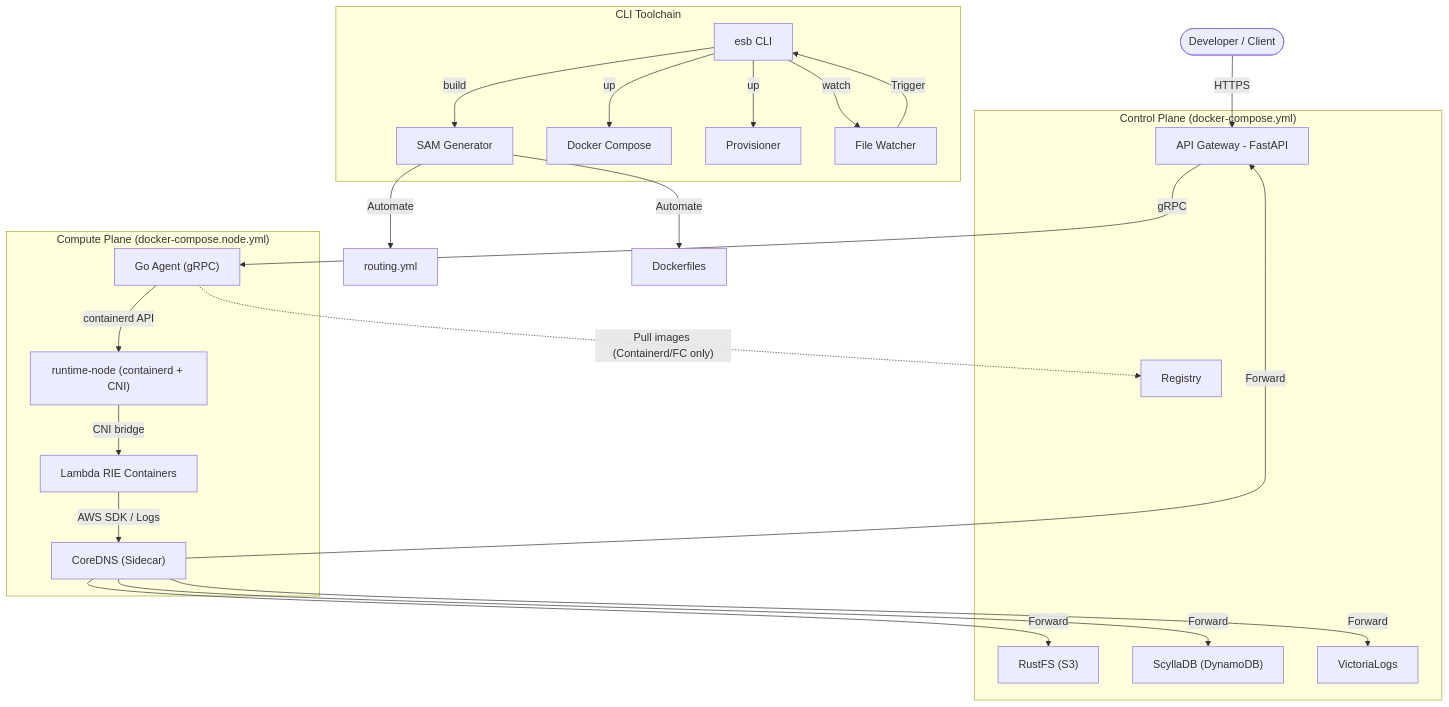
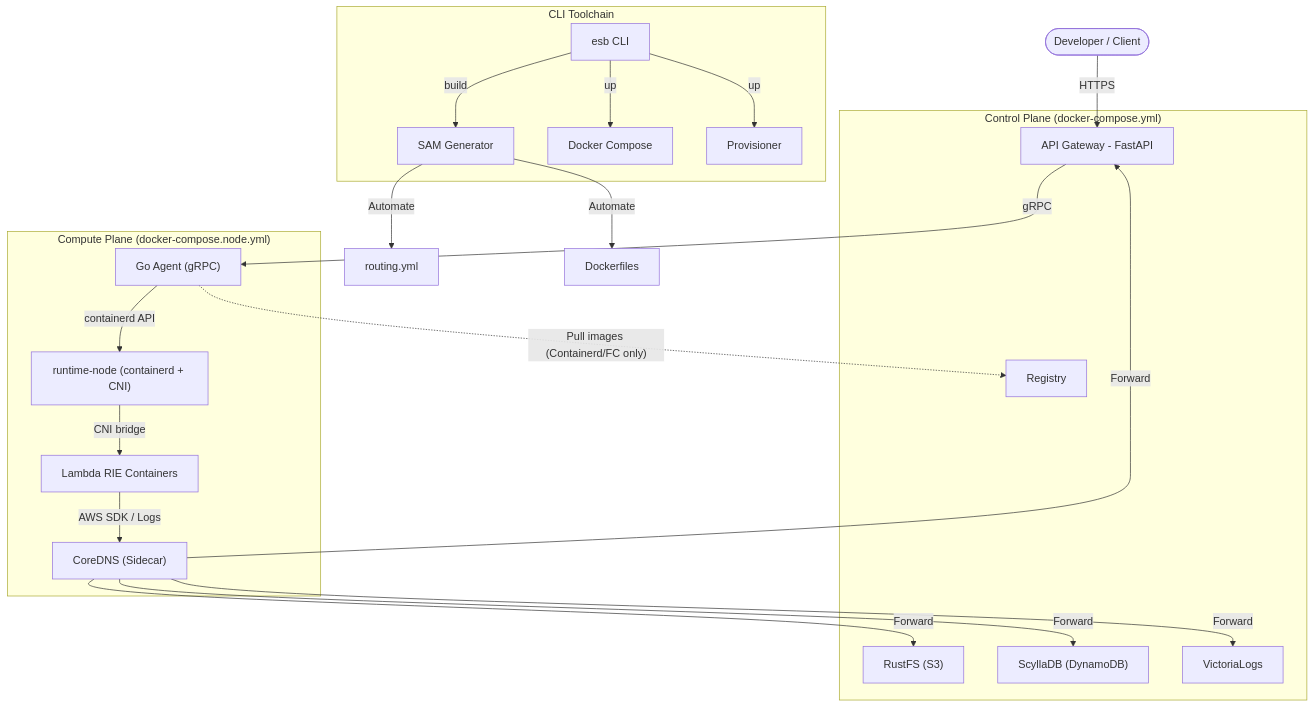
Before and after one commit to poruru-code/esb: the diagram in README.md, drawn with Mermaid. The commit also changed other lines of this file and 11 other files, not shown here.

````diff
--- a/README.md
+++ b/README.md
@@ -86,40 +85,38 @@
 ```mermaid
 flowchart TD
     User([Developer / Client]) -->|HTTPS| Gateway["API Gateway - FastAPI"]
 
     subgraph Control ["Control Plane (docker-compose.yml)"]
         Gateway
         RustFS["RustFS (S3)"]
         ScyllaDB["ScyllaDB (DynamoDB)"]
         VictoriaLogs["VictoriaLogs"]
         Registry["Registry"]
     end
 
     subgraph Compute ["Compute Plane (docker-compose.node.yml)"]
         RuntimeNode["runtime-node (containerd + CNI)"]
         Agent["Go Agent (gRPC)"]
         CoreDNS["CoreDNS (Sidecar)"]
         LambdaRIE["Lambda RIE Containers"]
     end
 
     Gateway -->|gRPC| Agent
     Agent -->|containerd API| RuntimeNode
     RuntimeNode -->|CNI bridge| LambdaRIE
     LambdaRIE -->|AWS SDK / Logs| CoreDNS
     CoreDNS -->|Forward| Gateway
     CoreDNS -->|Forward| RustFS
     CoreDNS -->|Forward| ScyllaDB
     CoreDNS -->|Forward| VictoriaLogs
     Agent -.->|"Pull images (Containerd/FC only)"| Registry
     
     subgraph Toolchain ["CLI Toolchain"]
         esb[esb CLI] -->|build| Generator[SAM Generator]
         esb -->|up| DockerCompose[Docker Compose]
         esb -->|up| Provisioner[Provisioner]
-        esb -->|watch| Watcher[File Watcher]
     end
     
     Generator -->|Automate| Routing[routing.yml]
     Generator -->|Automate| Dockerfiles[Dockerfiles]
-    Watcher -->|Trigger| esb
 ```
````
